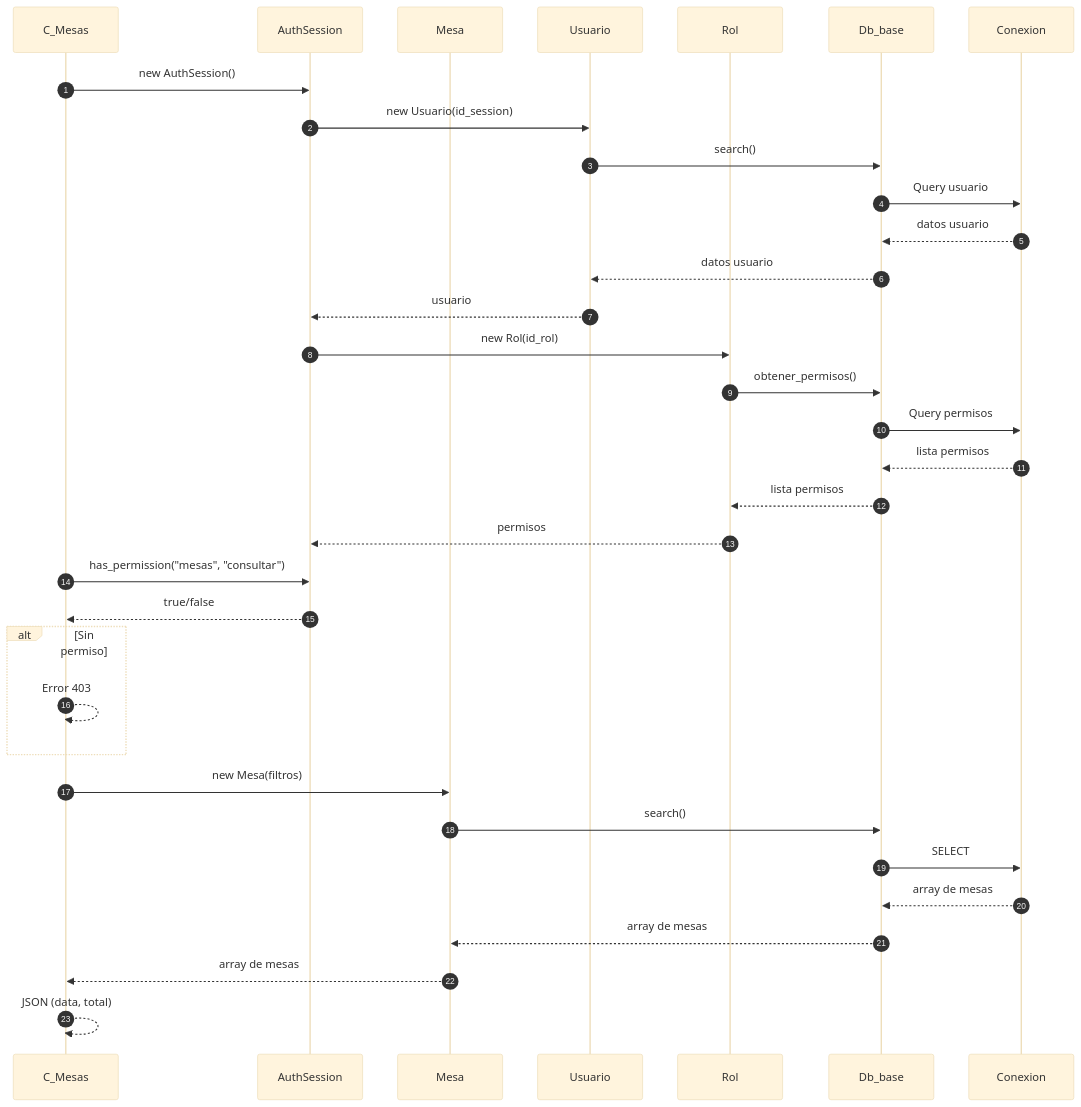
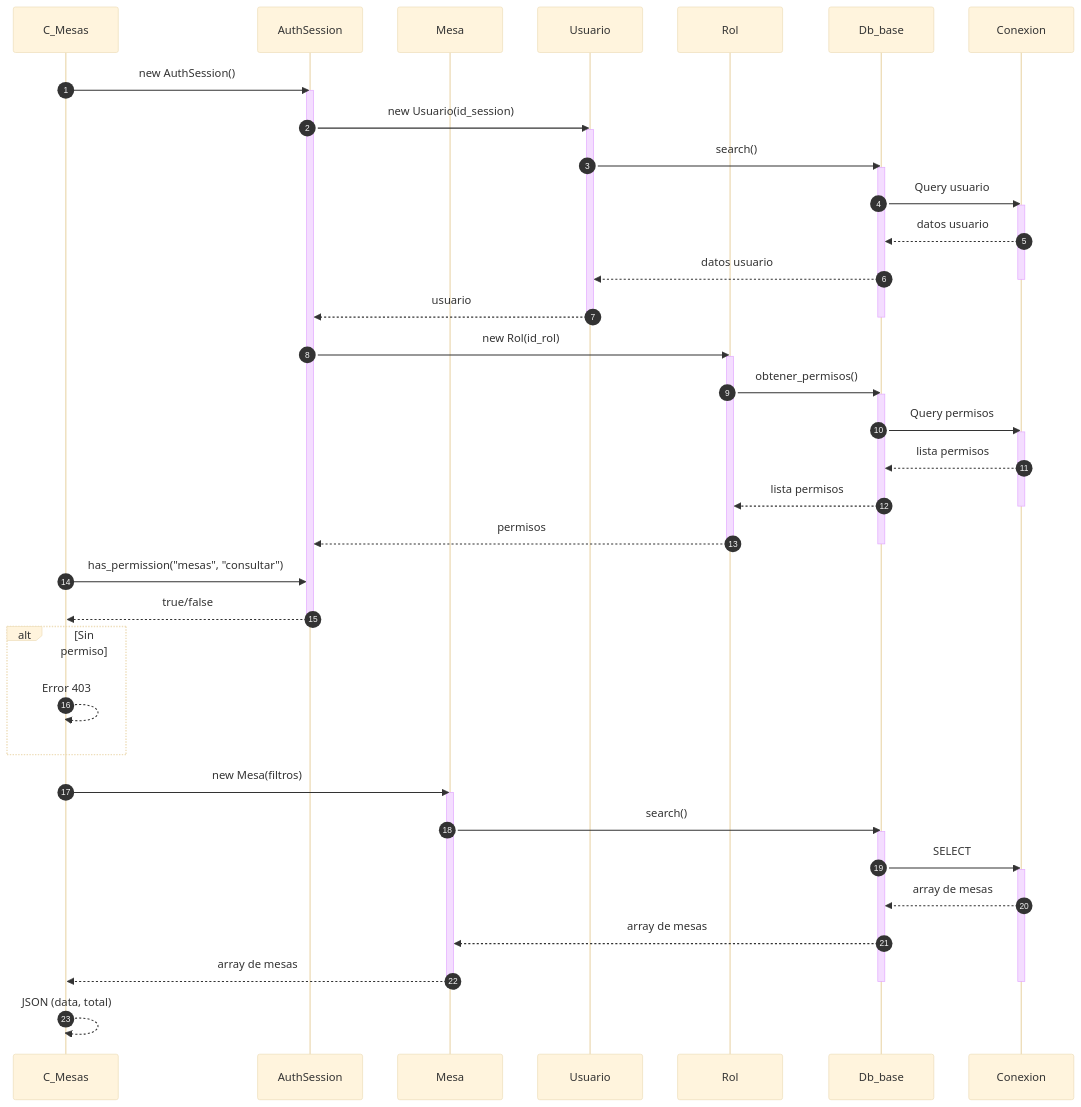
One commit to Tecrato/BurgerHouse changed the second of 5 diagrams in docs/secuencia/mesas/mesas.md. Above: the diagram before and after it, drawn with Mermaid (base theme). The commit also changed other lines of this file and 16 other files, not shown here.

First line of the commit message:
Annotate mermaid sequences & throttle generator

````diff
--- a/docs/secuencia/mesas/mesas.md
+++ b/docs/secuencia/mesas/mesas.md
@@ -51,42 +75,62 @@
 ```mermaid
 sequenceDiagram
     autonumber
     participant C_Mesas as C_Mesas
     participant AuthSession as AuthSession
     participant Mesa as Mesa
     participant Usuario as Usuario
     participant Rol as Rol
     participant Db_base as Db_base
     participant Conexion as Conexion
     
     C_Mesas->>AuthSession: new AuthSession()
+    activate AuthSession
     AuthSession->>Usuario: new Usuario(id_session)
+    activate Usuario
     Usuario->>Db_base: search()
+    activate Db_base
     Db_base->>Conexion: Query usuario
+    activate Conexion
     Conexion-->>Db_base: datos usuario
     Db_base-->>Usuario: datos usuario
+    deactivate Conexion
     Usuario-->>AuthSession: usuario
+    deactivate Usuario
+    deactivate Db_base
     
     AuthSession->>Rol: new Rol(id_rol)
+    activate Rol
     Rol->>Db_base: obtener_permisos()
+    activate Db_base
     Db_base->>Conexion: Query permisos
+    activate Conexion
     Conexion-->>Db_base: lista permisos
     Db_base-->>Rol: lista permisos
+    deactivate Conexion
     Rol-->>AuthSession: permisos
+    deactivate Rol
+    deactivate Db_base
     
     C_Mesas->>AuthSession: has_permission("mesas", "consultar")
     AuthSession-->>C_Mesas: true/false
+    deactivate AuthSession
     
     alt Sin permiso
         C_Mesas-->>C_Mesas: Error 403
     end
     
     C_Mesas->>Mesa: new Mesa(filtros)
+    activate Mesa
     Mesa->>Db_base: search()
+    activate Db_base
     Db_base->>Conexion: SELECT
+    activate Conexion
     Conexion-->>Db_base: array de mesas
     Db_base-->>Mesa: array de mesas
     Mesa-->>C_Mesas: array de mesas
+    deactivate Mesa
+    deactivate Conexion
+    deactivate Db_base
     
     C_Mesas-->>C_Mesas: JSON (data, total)
 ```
````
